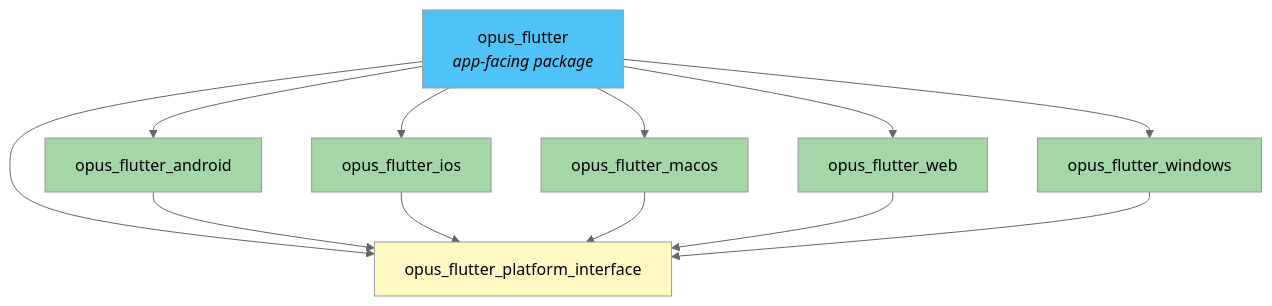
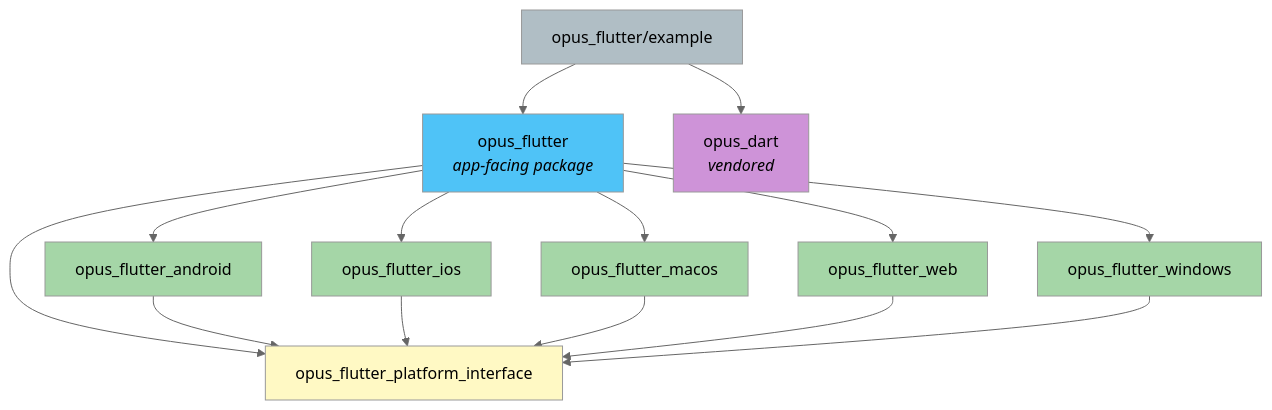
The first of 4 diagrams in docs/architecture.md (Corkscrews/opus_flutter), drawn with Mermaid (neutral theme) before and after one commit. The commit also changed other lines of this file and 5 other files, not shown here.

First line of the commit message:
Eliminate dynamic dispatch in opus_dart and update docs

````diff
--- a/docs/architecture.md
+++ b/docs/architecture.md
@@ -17,23 +19,28 @@
 ```mermaid
 graph TD
     A[opus_flutter<br><i>app-facing package</i>] --> PI[opus_flutter_platform_interface]
     A --> AN[opus_flutter_android]
     A --> IO[opus_flutter_ios]
     A --> MA[opus_flutter_macos]
     A --> WE[opus_flutter_web]
     A --> WI[opus_flutter_windows]
 
     AN --> PI
     IO --> PI
     MA --> PI
     WE --> PI
     WI --> PI
 
+    EX[opus_flutter/example] --> A
+    EX --> OD[opus_dart<br><i>vendored</i>]
+
     style A fill:#4fc3f7,color:#000
     style PI fill:#fff9c4,color:#000
     style AN fill:#a5d6a7,color:#000
     style IO fill:#a5d6a7,color:#000
     style MA fill:#a5d6a7,color:#000
     style WE fill:#a5d6a7,color:#000
     style WI fill:#a5d6a7,color:#000
+    style OD fill:#ce93d8,color:#000
+    style EX fill:#b0bec5,color:#000
 ```
````
